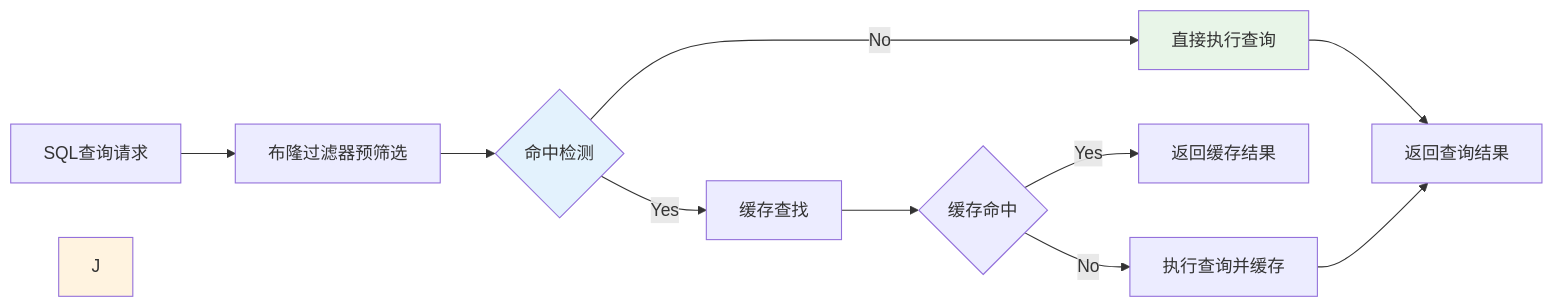
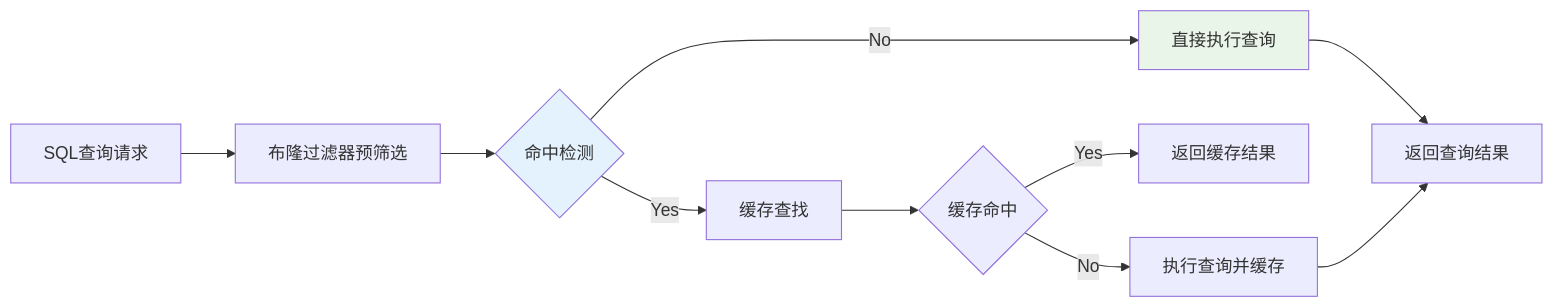
The first of 2 diagrams in md/第三章-基于布隆过滤器的SQL和CTE动态缓存技术.md (crazypenguincode/duckdb), drawn with Mermaid before and after one commit. The commit also changed other lines of this file and 24 other files, not shown here.

````diff
--- a/md/第三章-基于布隆过滤器的SQL和CTE动态缓存技术.md
+++ b/md/第三章-基于布隆过滤器的SQL和CTE动态缓存技术.md
@@ -16,16 +16,15 @@
 ```mermaid
 flowchart LR
     A[SQL查询请求] --> B[布隆过滤器预筛选]
     B --> C{命中检测}
     C -->|No| D[直接执行查询]
     C -->|Yes| E[缓存查找]
     E --> F{缓存命中}
     F -->|Yes| G[返回缓存结果]
     F -->|No| H[执行查询并缓存]
     D --> I[返回查询结果]
     H --> I
     
     style C fill:#e3f2fd
     style D fill:#e8f5e8
-    style J fill:#fff3e0
 ```
````
